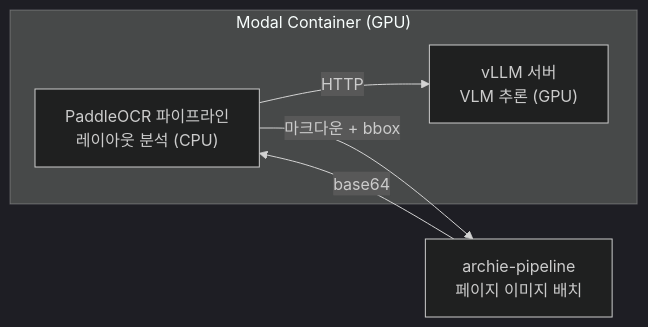
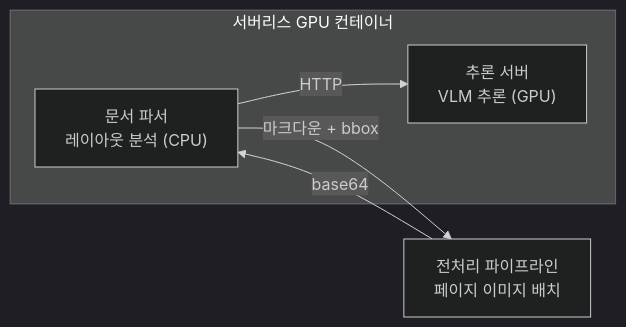
One commit to genie49/genie-cv changed the second of 2 diagrams in data/content/notes/bonda-pdf-pipeline.md. Above: the diagram before and after it, drawn with Mermaid (dark theme). The commit also changed 13 other files, not shown here.

````diff
--- a/data/content/notes/bonda-pdf-pipeline.md
+++ b/data/content/notes/bonda-pdf-pipeline.md
@@ -56,8 +56,8 @@
 ```mermaid
 flowchart LR
-    subgraph "Modal Container (GPU)"
-        Paddle["PaddleOCR 파이프라인<br/>레이아웃 분석 (CPU)"] -->|HTTP| vLLM["vLLM 서버<br/>VLM 추론 (GPU)"]
+    subgraph "서버리스 GPU 컨테이너"
+        Paddle["문서 파서<br/>레이아웃 분석 (CPU)"] -->|HTTP| vLLM["추론 서버<br/>VLM 추론 (GPU)"]
     end
-    Pipeline["archie-pipeline<br/>페이지 이미지 배치"] -->|base64| Paddle
+    Pipeline["전처리 파이프라인<br/>페이지 이미지 배치"] -->|base64| Paddle
     Paddle -->|마크다운 + bbox| Pipeline
 ```
````
